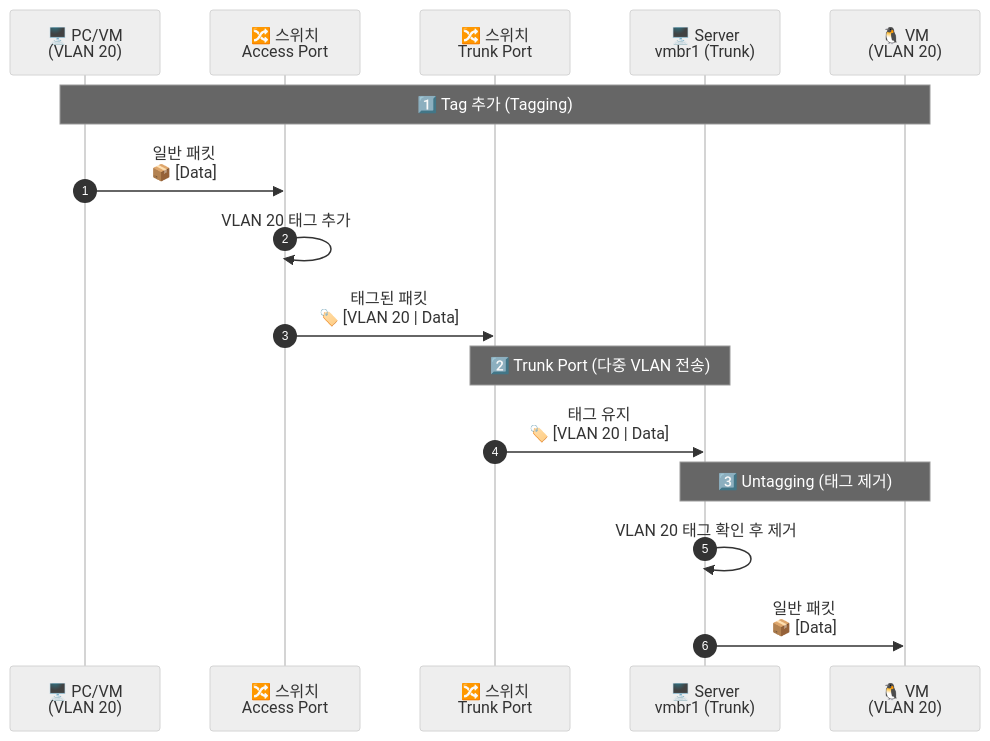
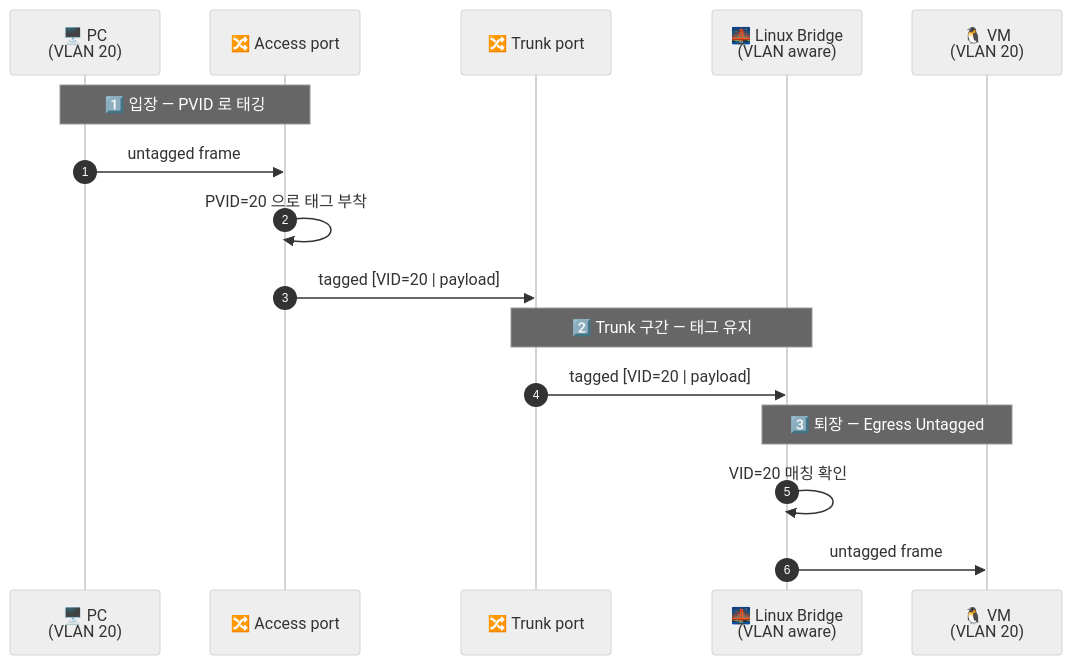
One commit to vanillacake369/vanillacake369.github.io changed the second of 2 diagrams in src/content/posts/2026-01-20-About VLAN.md. Above: the diagram before and after it, drawn with Mermaid (neutral theme). The commit also changed other lines of this file, not shown here.

First line of the commit message:
refactor(post): About VLAN — fill 8 empty bullets, restructure as concept article

````diff
--- a/src/content/posts/2026-01-20-About VLAN.md
+++ b/src/content/posts/2026-01-20-About VLAN.md
@@ -174,21 +93,21 @@
 ```mermaid
 sequenceDiagram
     autonumber
-    participant PC as 🖥️ PC/VM<br/>(VLAN 20)
-    participant SW_Access as 🔀 스위치<br/>Access Port
-    participant SW_Trunk as 🔀 스위치<br/>Trunk Port
-    participant PVE_Trunk as 🖥️ Server<br/>vmbr1 (Trunk)
+    participant PC as 🖥️ PC<br/>(VLAN 20)
+    participant Access as 🔀 Access port
+    participant Trunk as 🔀 Trunk port
+    participant Bridge as 🌉 Linux Bridge<br/>(VLAN aware)
     participant VM as 🐧 VM<br/>(VLAN 20)
 
-    Note over PC,VM: 1️⃣ Tag 추가 (Tagging)
-    PC->>SW_Access: 일반 패킷<br/>📦 [Data]
-    SW_Access->>SW_Access: VLAN 20 태그 추가
-    SW_Access->>SW_Trunk: 태그된 패킷<br/>🏷️ [VLAN 20 | Data]
+    Note over PC,Access: 1️⃣ 입장 — PVID 로 태깅
+    PC->>Access: untagged frame
+    Access->>Access: PVID=20 으로 태그 부착
+    Access->>Trunk: tagged [VID=20 | payload]
 
-    Note over SW_Trunk,PVE_Trunk: 2️⃣ Trunk Port (다중 VLAN 전송)
-    SW_Trunk->>PVE_Trunk: 태그 유지<br/>🏷️ [VLAN 20 | Data]
+    Note over Trunk,Bridge: 2️⃣ Trunk 구간 — 태그 유지
+    Trunk->>Bridge: tagged [VID=20 | payload]
 
-    Note over PVE_Trunk,VM: 3️⃣ Untagging (태그 제거)
-    PVE_Trunk->>PVE_Trunk: VLAN 20 태그 확인 후 제거
-    PVE_Trunk->>VM: 일반 패킷<br/>📦 [Data]
+    Note over Bridge,VM: 3️⃣ 퇴장 — Egress Untagged
+    Bridge->>Bridge: VID=20 매칭 확인
+    Bridge->>VM: untagged frame
 ```
````
